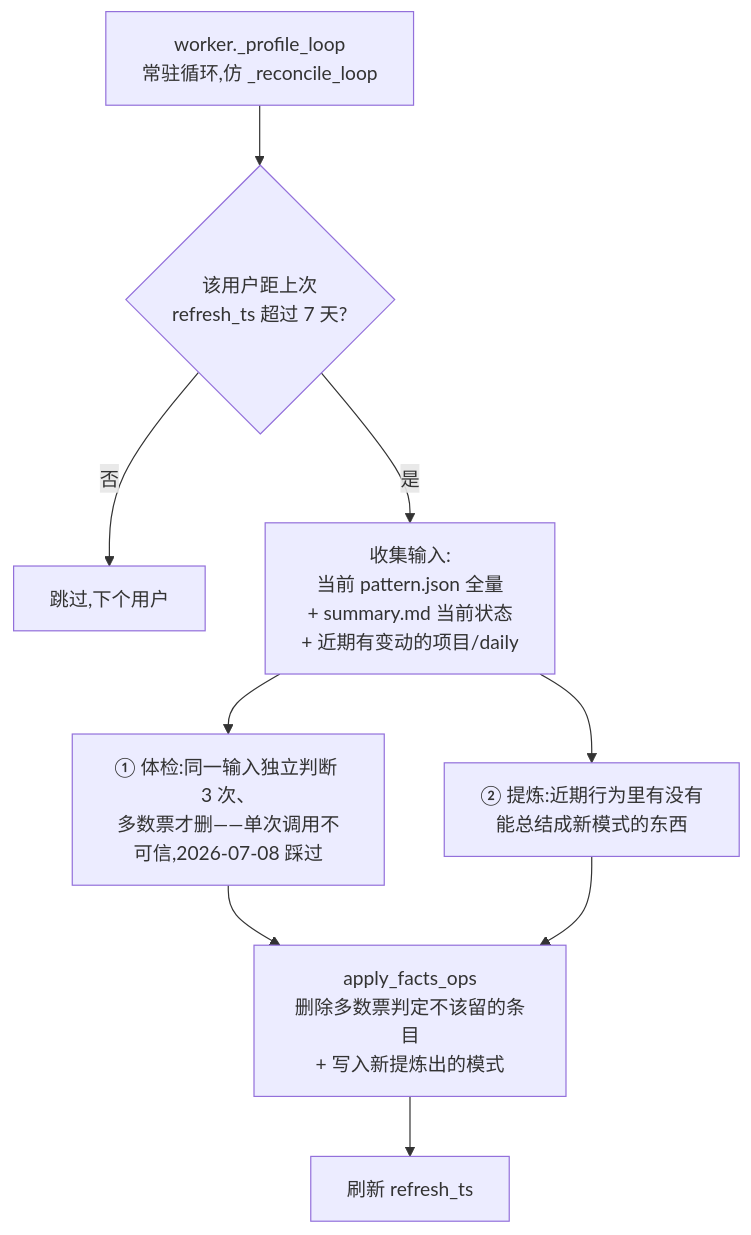
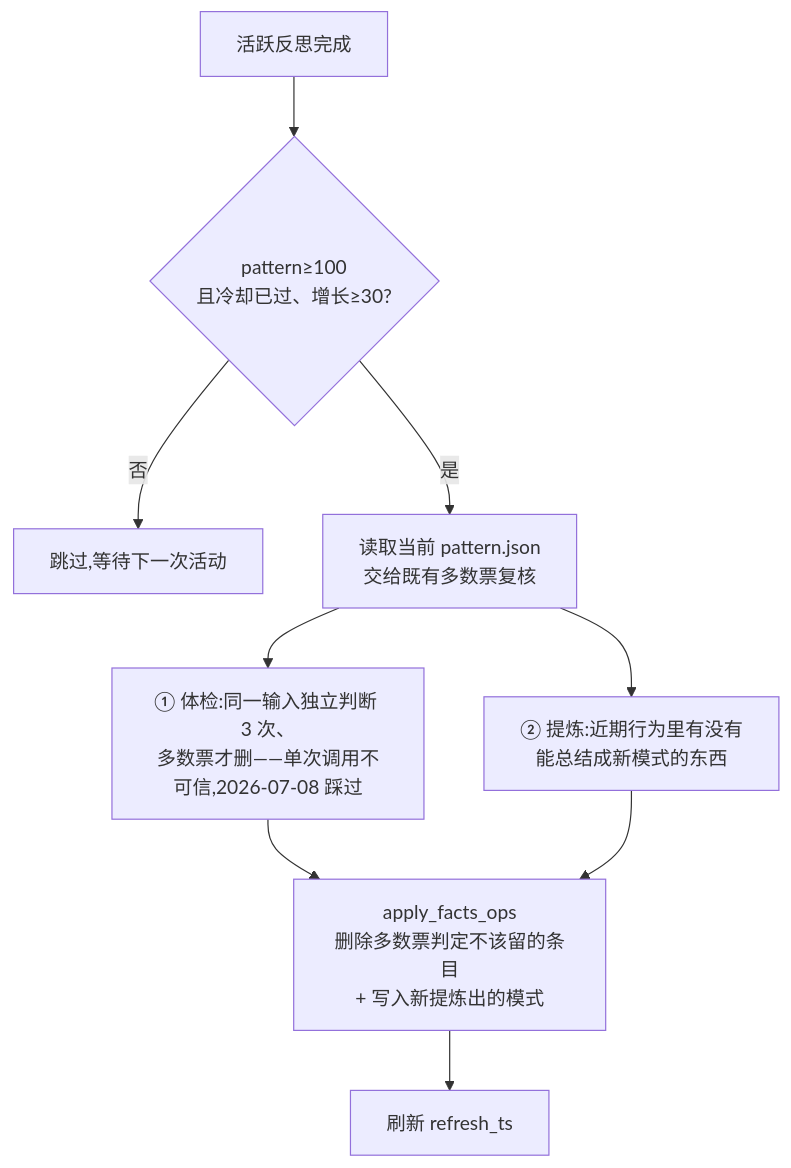
One commit to Coffeiz/Gugu-web changed the second of 2 diagrams in docs/agent/11-记忆系统.md. Above: the diagram before and after it, drawn with Mermaid. The commit also changed other lines of this file and 393 other files, not shown here.

````diff
--- a/docs/agent/11-记忆系统.md
+++ b/docs/agent/11-记忆系统.md
@@ -252,14 +277,14 @@
 ```mermaid
 flowchart TB
-    LOOP[worker._profile_loop<br/>常驻循环,仿 _reconcile_loop] --> CHECK{该用户距上次<br/>refresh_ts 超过 7 天?}
-    CHECK -- 否 --> SKIP[跳过,下个用户]
-    CHECK -- 是 --> GATHER[收集输入:<br/>当前 pattern.json 全量<br/>+ summary.md 当前状态<br/>+ 近期有变动的项目/daily]
+    EVENT[活跃反思完成] --> CHECK{pattern≥100<br/>且冷却已过、增长≥30?}
+    CHECK -- 否 --> SKIP[跳过,等待下一次活动]
+    CHECK -- 是 --> GATHER[读取当前 pattern.json<br/>交给既有多数票复核]
 
     GATHER --> REVIEW[① 体检:同一输入独立判断 3 次、<br/>多数票才删——单次调用不可信,2026-07-08 踩过]
     GATHER --> MINE[② 提炼:近期行为里有没有<br/>能总结成新模式的东西]
 
     REVIEW --> APPLY[apply_facts_ops<br/>删除多数票判定不该留的条目<br/>+ 写入新提炼出的模式]
     MINE --> APPLY
 
     APPLY --> STAMP[刷新 refresh_ts]
 ```
````
